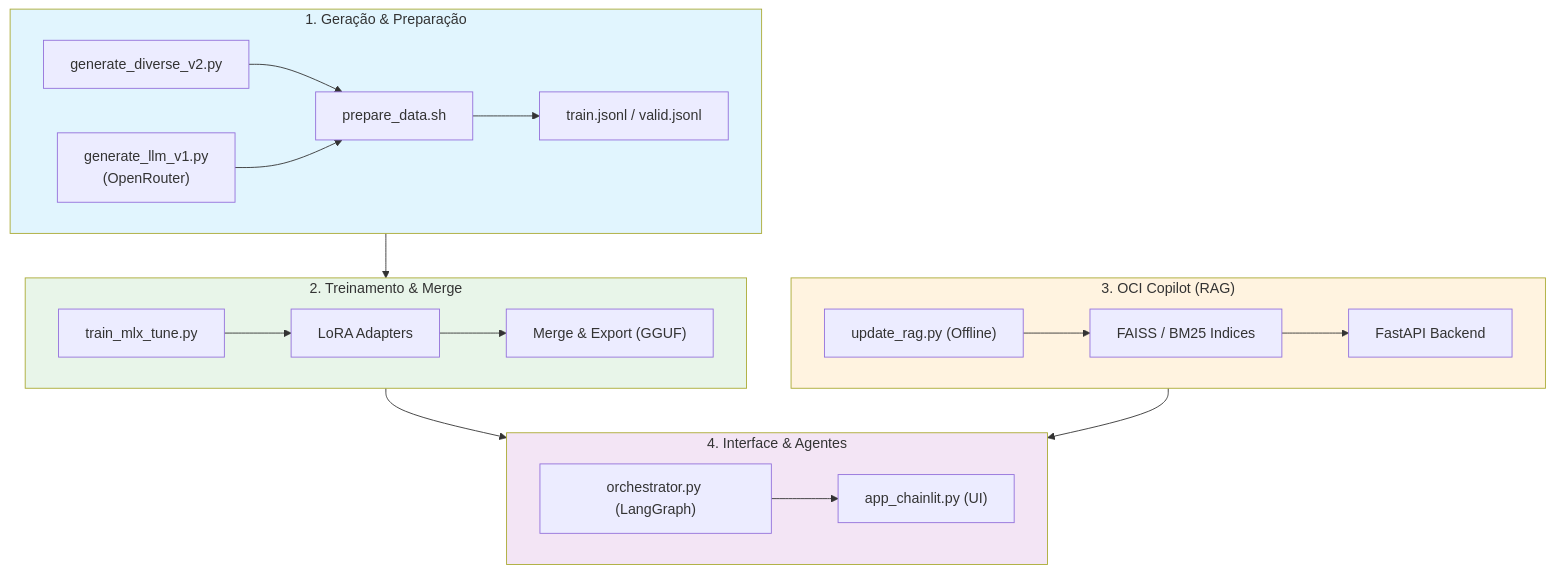
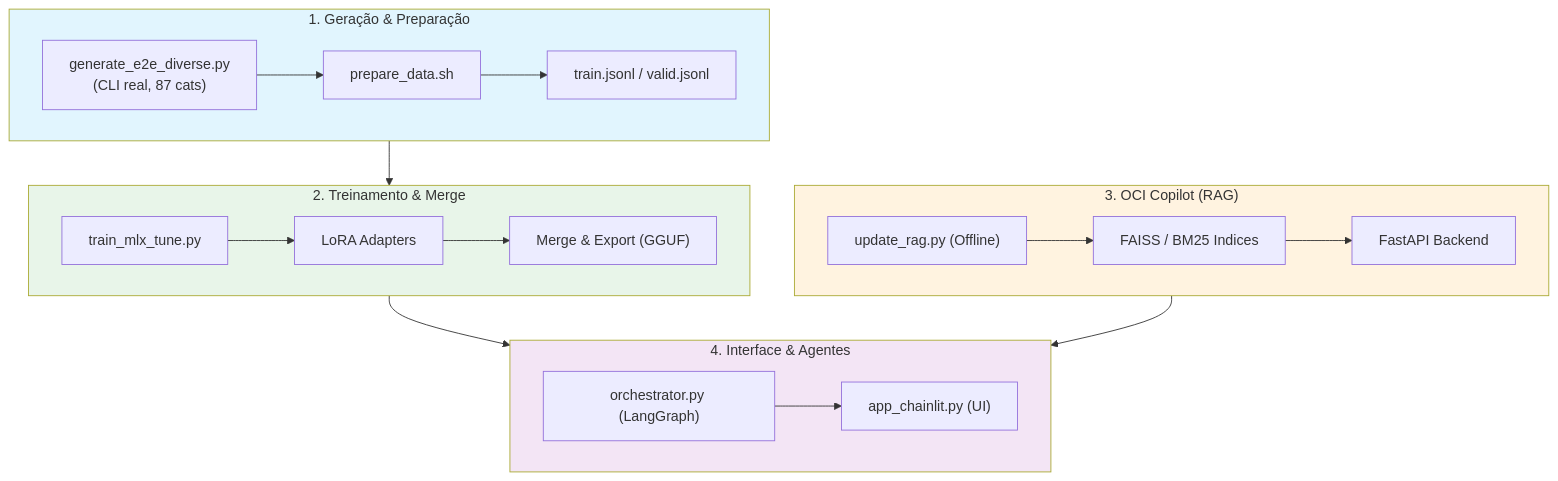
The first of 2 diagrams in README.md (otavio-lemos/olia-2-oci), drawn with Mermaid before and after one commit. The commit also changed other lines of this file and 127 other files, not shown here.

First line of the commit message:
feat: upgrade dataset with generate_e2e_diverse.py (87 cats, 180 ex/cat, 10.299 deduped)

````diff
--- a/README.md
+++ b/README.md
@@ -42,31 +42,30 @@
 ```mermaid
 flowchart TD
     subgraph GENERATION["1. Geração & Preparação"]
-        A1["generate_diverse_v2.py"] --> A2["prepare_data.sh"]
-        A1b["generate_llm_v1.py\n(OpenRouter)"] --> A2
+        A1["generate_e2e_diverse.py\n(CLI real, 87 cats)"] --> A2["prepare_data.sh"]
         A2 --> A3["train.jsonl / valid.jsonl"]
     end
 
     subgraph TRAINING["2. Treinamento & Merge"]
         B1["train_mlx_tune.py"] --> B2["LoRA Adapters"]
         B2 --> B3["Merge & Export (GGUF)"]
     end
 
     subgraph RAG["3. OCI Copilot (RAG)"]
         C1["update_rag.py (Offline)"] --> C2["FAISS / BM25 Indices"]
         C2 --> C3["FastAPI Backend"]
     end
 
     subgraph UI["4. Interface & Agentes"]
         D1["orchestrator.py (LangGraph)"] --> D2["app_chainlit.py (UI)"]
     end
 
     GENERATION --> TRAINING
     TRAINING --> UI
     RAG --> UI
 
     style GENERATION fill:#e1f5fe
     style TRAINING fill:#e8f5e9
     style RAG fill:#fff3e0
     style UI fill:#f3e5f5
 ```
````
